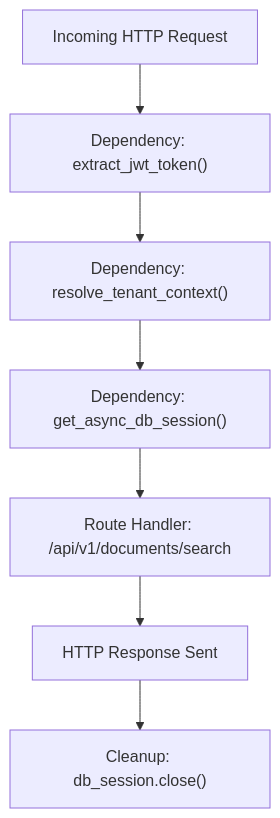
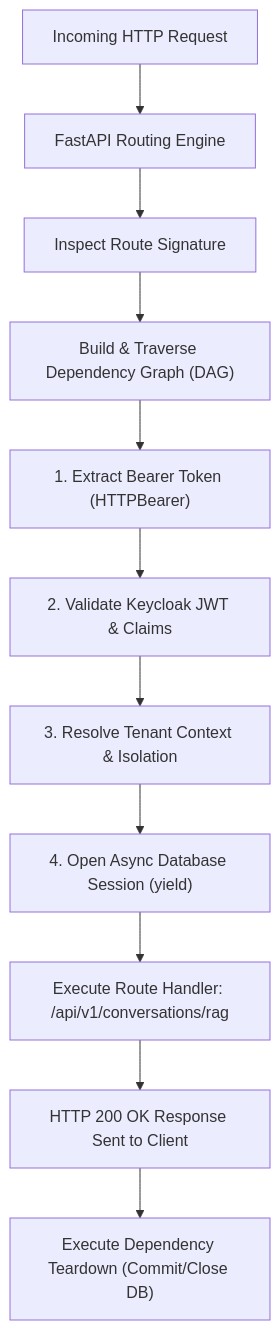
One commit to primecoderIN/learning-docs changed the first of 8 diagrams in Python_FastAPI_AI_Architect/14_Module_14_Dependency_Injection_and_Security.md. Above: the diagram before and after it, drawn with Mermaid. The commit also changed other lines of this file and 21 other files, not shown here.

````diff
--- a/Python_FastAPI_AI_Architect/14_Module_14_Dependency_Injection_and_Security.md
+++ b/Python_FastAPI_AI_Architect/14_Module_14_Dependency_Injection_and_Security.md
@@ -28,9 +38,13 @@
 ```mermaid
 flowchart TD
-    Req["Incoming HTTP Request"] --> D1["Dependency: extract_jwt_token()"]
-    D1 --> D2["Dependency: resolve_tenant_context()"]
-    D2 --> D3["Dependency: get_async_db_session()"]
-    D3 --> Route["Route Handler: /api/v1/documents/search"]
-    Route --> Resp["HTTP Response Sent"]
-    Resp --> Clean["Cleanup: db_session.close()"]
+    Req["Incoming HTTP Request"] --> Router["FastAPI Routing Engine"]
+    Router --> Inspect["Inspect Route Signature"]
+    Inspect --> DAG["Build & Traverse Dependency Graph (DAG)"]
+    DAG --> D1["1. Extract Bearer Token (HTTPBearer)"]
+    D1 --> D2["2. Validate Keycloak JWT & Claims"]
+    D2 --> D3["3. Resolve Tenant Context & Isolation"]
+    D3 --> D4["4. Open Async Database Session (yield)"]
+    D4 --> Exec["Execute Route Handler: /api/v1/conversations/rag"]
+    Exec --> Resp["HTTP 200 OK Response Sent to Client"]
+    Resp --> Cleanup["Execute Dependency Teardown (Commit/Close DB)"]
 ```
````
